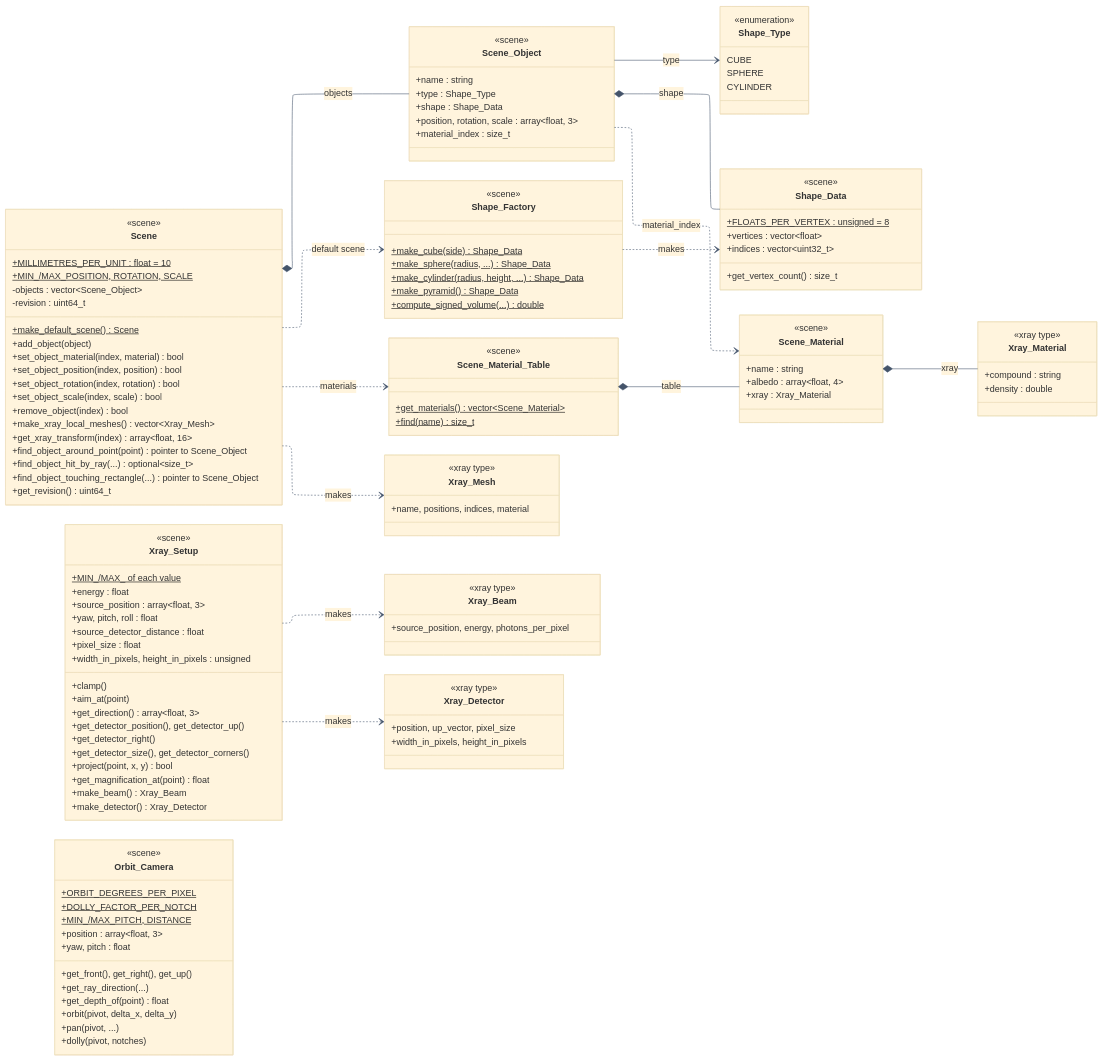
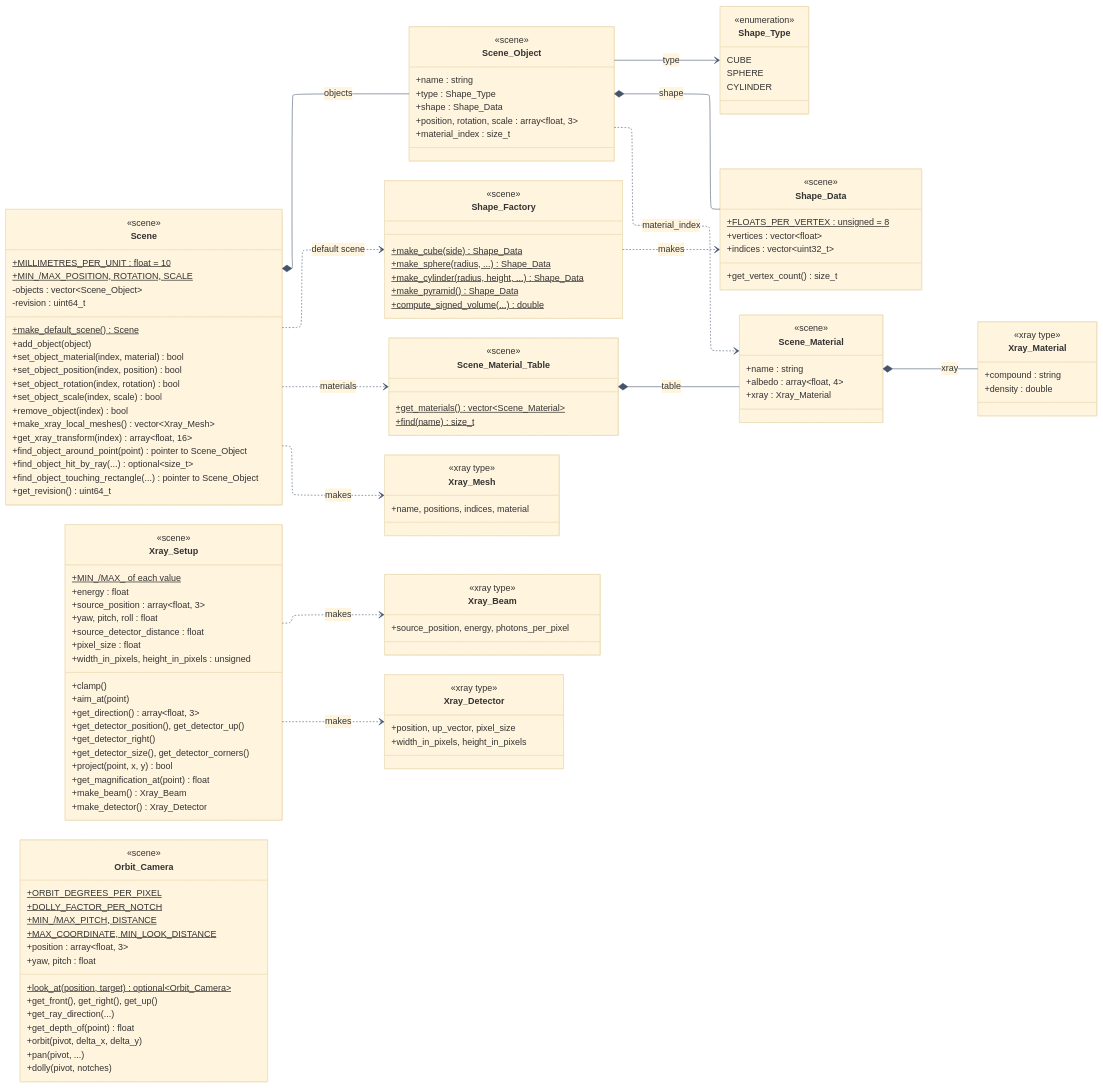
Before and after one commit to emartg/xray-sim: the diagram in docs/diagrams/uml/scene_module.mmd, drawn with Mermaid. The commit also changed 19 other files, not shown here.

First line of the commit message:
Show the Whole X-ray Setup in the README and Update the Documents and Diagrams

```diff
--- a/docs/diagrams/uml/scene_module.mmd
+++ b/docs/diagrams/uml/scene_module.mmd
@@ -1,142 +1,144 @@
 ---
 config:
   layout: elk
   fontFamily: "Segoe UI, Arial, sans-serif"
   theme: base
   themeVariables:
     fontSize: 16px
     lineColor: "#44546a"
     edgeLabelBackground: "#ffffff"
   class:
     useMaxWidth: false
 ---
 %% Module: scene (src/scene, the library XRSim_Scene, no OpenGL). Details the block XRSim_Scene of architecture_overview: the scene and its
 %% objects in centimetres, their shapes and materials, the X-ray setup, and the camera of the 3D view. The types of the X-ray library's
 %% interface (src/xray/Xray_Types.h) are reference blocks; the limits of each value are one line (MIN_ and MAX_ pairs).
 classDiagram
     direction LR
     class Scene {
         <<scene>>
         +MILLIMETRES_PER_UNIT : float = 10$
         +MIN_/MAX_POSITION, ROTATION, SCALE$
         -objects : vector~Scene_Object~
         -revision : uint64_t
         +make_default_scene()$ Scene
         +add_object(object)
         +set_object_material(index, material) bool
         +set_object_position(index, position) bool
         +set_object_rotation(index, rotation) bool
         +set_object_scale(index, scale) bool
         +remove_object(index) bool
         +make_xray_local_meshes() vector~Xray_Mesh~
         +get_xray_transform(index) array~float, 16~
         +find_object_around_point(point) pointer to Scene_Object
         +find_object_hit_by_ray(...) optional~size_t~
         +find_object_touching_rectangle(...) pointer to Scene_Object
         +get_revision() uint64_t
     }
     class Scene_Object {
         <<scene>>
         +name : string
         +type : Shape_Type
         +shape : Shape_Data
         +position, rotation, scale : array~float, 3~
         +material_index : size_t
     }
     class Shape_Type {
         <<enumeration>>
         CUBE
         SPHERE
         CYLINDER
     }
     class Shape_Data {
         <<scene>>
         +FLOATS_PER_VERTEX : unsigned = 8$
         +vertices : vector~float~
         +indices : vector~uint32_t~
         +get_vertex_count() size_t
     }
     class Shape_Factory {
         <<scene>>
         +make_cube(side)$ Shape_Data
         +make_sphere(radius, ...)$ Shape_Data
         +make_cylinder(radius, height, ...)$ Shape_Data
         +make_pyramid()$ Shape_Data
         +compute_signed_volume(...)$ double
     }
     class Scene_Material_Table {
         <<scene>>
         +get_materials()$ vector~Scene_Material~
         +find(name)$ size_t
     }
     class Scene_Material {
         <<scene>>
         +name : string
         +albedo : array~float, 4~
         +xray : Xray_Material
     }
     class Xray_Setup {
         <<scene>>
         +MIN_/MAX_ of each value$
         +energy : float
         +source_position : array~float, 3~
         +yaw, pitch, roll : float
         +source_detector_distance : float
         +pixel_size : float
         +width_in_pixels, height_in_pixels : unsigned
         +clamp()
         +aim_at(point)
         +get_direction() array~float, 3~
         +get_detector_position(), get_detector_up()
         +get_detector_right()
         +get_detector_size(), get_detector_corners()
         +project(point, x, y) bool
         +get_magnification_at(point) float
         +make_beam() Xray_Beam
         +make_detector() Xray_Detector
     }
     class Orbit_Camera {
         <<scene>>
         +ORBIT_DEGREES_PER_PIXEL$
         +DOLLY_FACTOR_PER_NOTCH$
         +MIN_/MAX_PITCH, DISTANCE$
+        +MAX_COORDINATE, MIN_LOOK_DISTANCE$
+        +look_at(position, target)$ optional~Orbit_Camera~
         +position : array~float, 3~
         +yaw, pitch : float
         +get_front(), get_right(), get_up()
         +get_ray_direction(...)
         +get_depth_of(point) float
         +orbit(pivot, delta_x, delta_y)
         +pan(pivot, ...)
         +dolly(pivot, notches)
     }
     class Xray_Mesh {
         <<xray type>>
         +name, positions, indices, material
     }
     class Xray_Material {
         <<xray type>>
         +compound : string
         +density : double
     }
     class Xray_Beam {
         <<xray type>>
         +source_position, energy, photons_per_pixel
     }
     class Xray_Detector {
         <<xray type>>
         +position, up_vector, pixel_size
         +width_in_pixels, height_in_pixels
     }
 
     Scene *-- Scene_Object : objects
     Scene_Object --> Shape_Type : type
     Scene_Object *-- Shape_Data : shape
     Scene_Object ..> Scene_Material : material_index
     Scene ..> Shape_Factory : default scene
     Shape_Factory ..> Shape_Data : makes
     Scene ..> Scene_Material_Table : materials
     Scene_Material_Table *-- Scene_Material : table
     Scene_Material *-- Xray_Material : xray
     Scene ..> Xray_Mesh : makes
     Xray_Setup ..> Xray_Beam : makes
     Xray_Setup ..> Xray_Detector : makes
```
